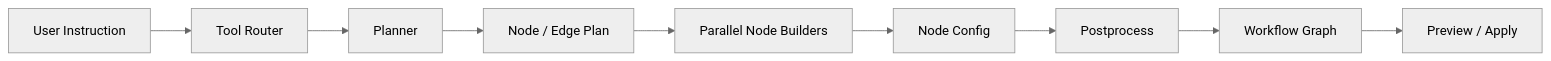
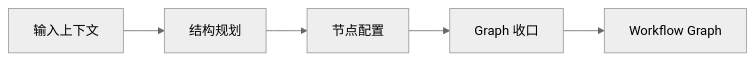
One commit to sgfd-ui/internship changed the fourth of 12 diagrams in weekly-report/dify-1.17-core-capabilities-research.md. Above: the diagram before and after it, drawn with Mermaid (neutral theme). The commit also changed other lines of this file, not shown here.

Commit message:
docs: simplify AI Workflow research architecture

````diff
--- a/weekly-report/dify-1.17-core-capabilities-research.md
+++ b/weekly-report/dify-1.17-core-capabilities-research.md
@@ -120,11 +107,7 @@
 ```mermaid
 flowchart LR
-    A[User Instruction] --> B[Tool Router]
-    B --> C[Planner]
-    C --> D[Node / Edge Plan]
-    D --> E[Parallel Node Builders]
-    E --> F[Node Config]
-    F --> G[Postprocess]
-    G --> H[Workflow Graph]
-    H --> I[Preview / Apply]
+    A[输入上下文] --> B[结构规划]
+    B --> C[节点配置]
+    C --> D[Graph 收口]
+    D --> E[Workflow Graph]
 ```
````
